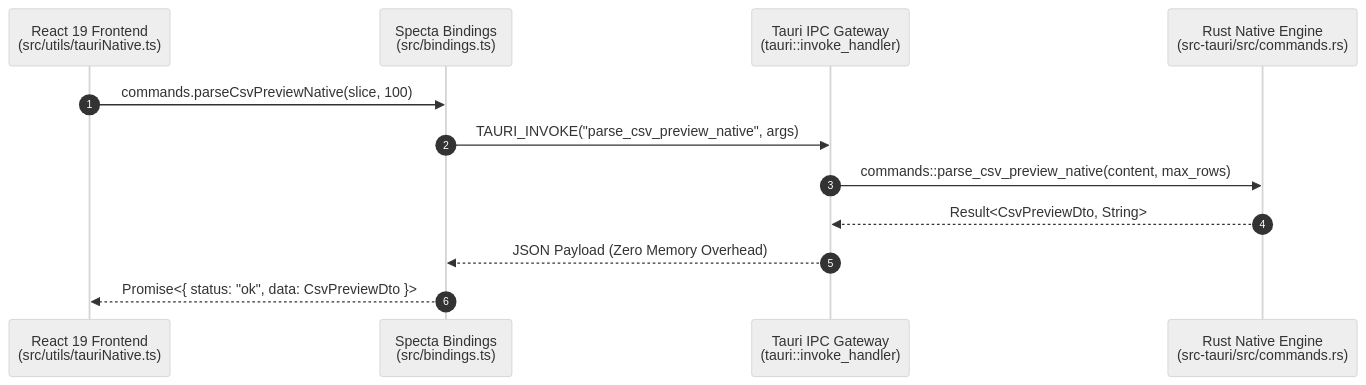
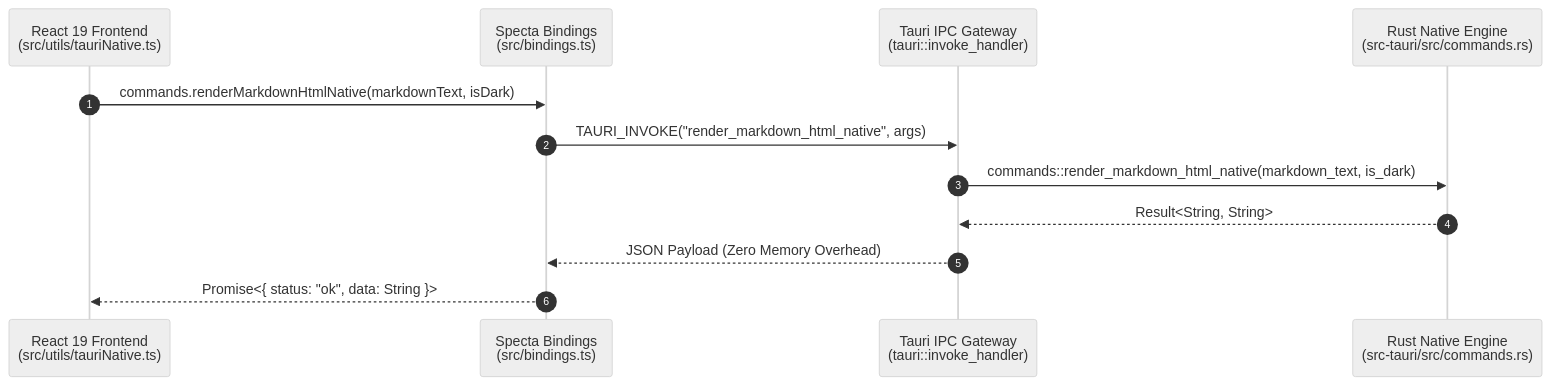
One commit to tkshnkgwr/QuMaEditor changed the diagram in docs/en/TAURI_GUIDE.md. Above: the diagram before and after it, drawn with Mermaid (neutral theme). The commit also changed other lines of this file and 55 other files, not shown here.

````diff
--- a/docs/en/TAURI_GUIDE.md
+++ b/docs/en/TAURI_GUIDE.md
@@ -9,15 +9,15 @@
 ```mermaid
 sequenceDiagram
     autonumber
     participant UI as React 19 Frontend<br/>(src/utils/tauriNative.ts)
     participant Bindings as Specta Bindings<br/>(src/bindings.ts)
     participant Core as Tauri IPC Gateway<br/>(tauri::invoke_handler)
     participant Rust as Rust Native Engine<br/>(src-tauri/src/commands.rs)
 
-    UI->>Bindings: commands.parseCsvPreviewNative(slice, 100)
-    Bindings->>Core: TAURI_INVOKE("parse_csv_preview_native", args)
-    Core->>Rust: commands::parse_csv_preview_native(content, max_rows)
-    Rust-->>Core: Result<CsvPreviewDto, String>
+    UI->>Bindings: commands.renderMarkdownHtmlNative(markdownText, isDark)
+    Bindings->>Core: TAURI_INVOKE("render_markdown_html_native", args)
+    Core->>Rust: commands::render_markdown_html_native(markdown_text, is_dark)
+    Rust-->>Core: Result<String, String>
     Core-->>Bindings: JSON Payload (Zero Memory Overhead)
-    Bindings-->>UI: Promise<{ status: "ok", data: CsvPreviewDto }>
+    Bindings-->>UI: Promise<{ status: "ok", data: String }>
 ```
````
